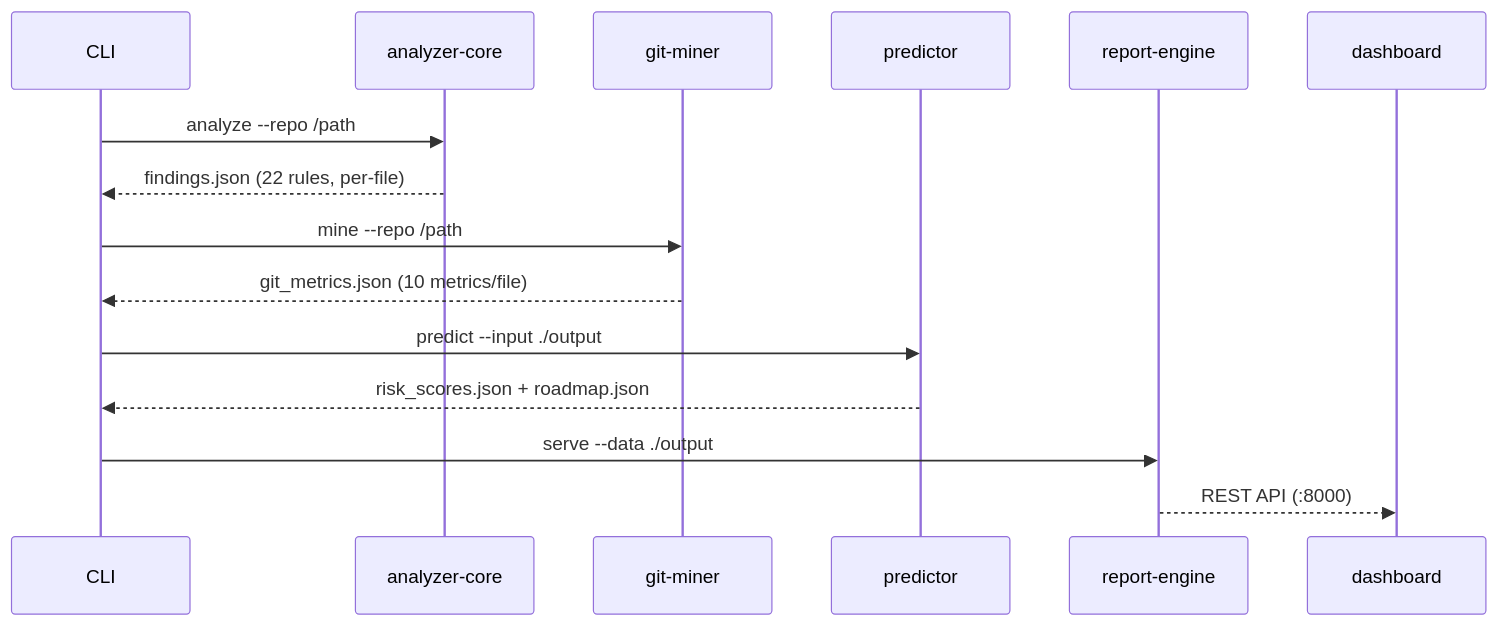
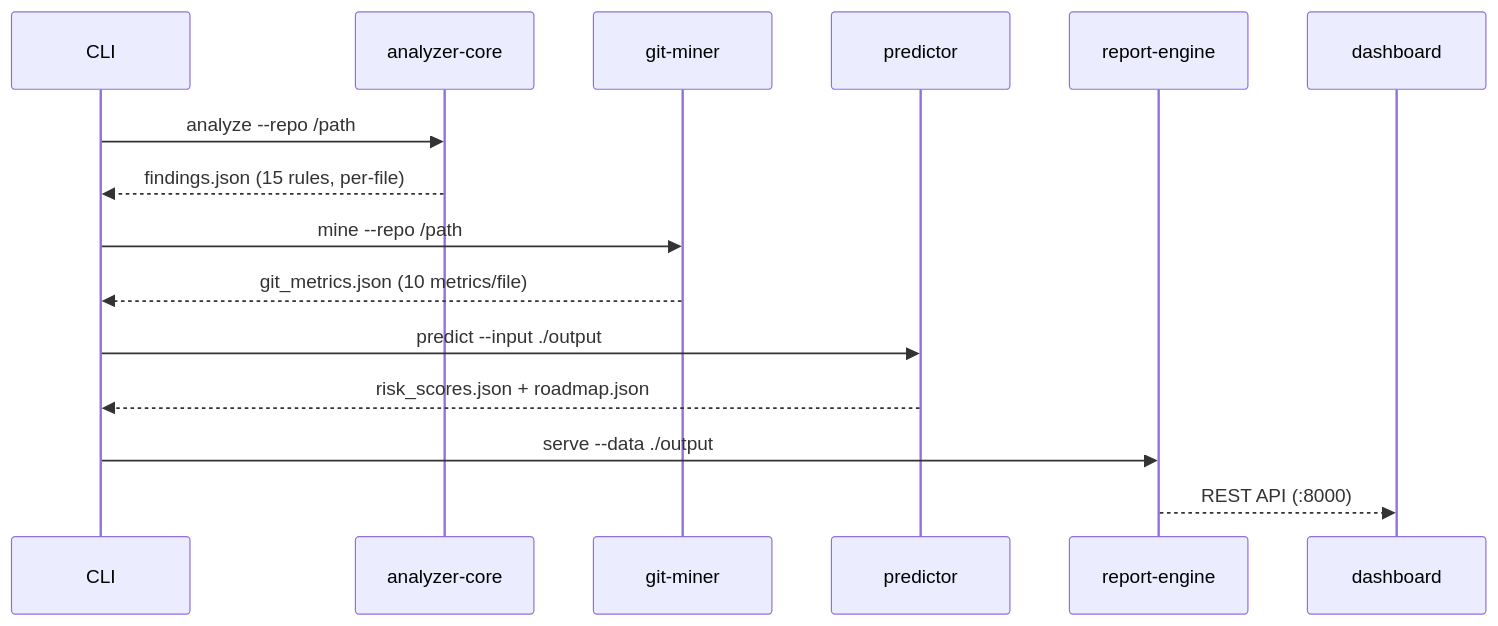
One commit to manju89jay/cppulse changed the second of 2 diagrams in docs/architecture.md. Above: the diagram before and after it, drawn with Mermaid. The commit also changed other lines of this file and 33 other files, not shown here.

````diff
--- a/docs/architecture.md
+++ b/docs/architecture.md
@@ -40,18 +40,18 @@
 ```mermaid
 sequenceDiagram
     participant CLI
     participant AC as analyzer-core
     participant GM as git-miner
     participant PR as predictor
     participant RE as report-engine
     participant DB as dashboard
 
     CLI->>AC: analyze --repo /path
-    AC-->>CLI: findings.json (22 rules, per-file)
+    AC-->>CLI: findings.json (15 rules, per-file)
     CLI->>GM: mine --repo /path
     GM-->>CLI: git_metrics.json (10 metrics/file)
     CLI->>PR: predict --input ./output
     PR-->>CLI: risk_scores.json + roadmap.json
     CLI->>RE: serve --data ./output
     RE-->>DB: REST API (:8000)
 ```
````
